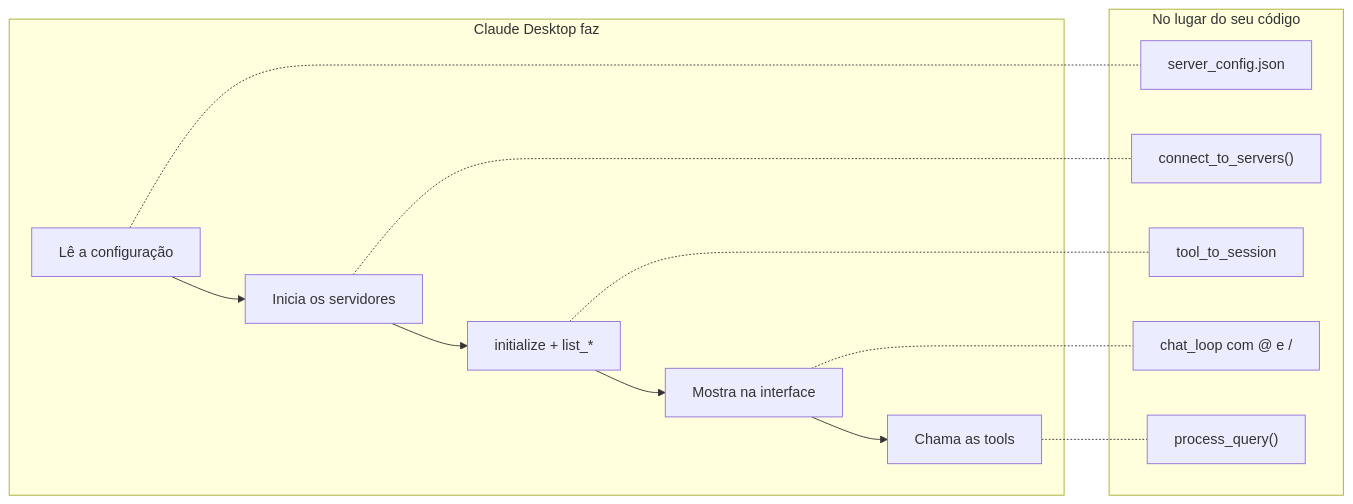
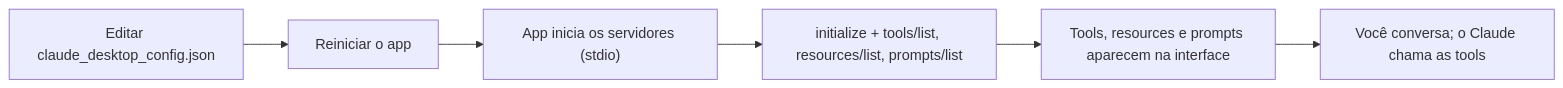
One commit to FloraRosaPupo/mcp-estudos changed the diagram in notas/08-claude-desktop.md. Above: the diagram before and after it, drawn with Mermaid. The commit also changed other lines of this file and 20 other files, not shown here.

````diff
--- a/notas/08-claude-desktop.md
+++ b/notas/08-claude-desktop.md
@@ -5,18 +17,8 @@
 ```mermaid
 flowchart LR
-    subgraph D["Claude Desktop faz"]
-        A1[Lê a configuração] --> A2[Inicia os servidores] --> A3[initialize + list_*] --> A4[Mostra na interface] --> A5[Chama as tools]
-    end
-    subgraph C["No lugar do seu código"]
-        B1[server_config.json]
-        B2["connect_to_servers()"]
-        B3["tool_to_session"]
-        B4["chat_loop com @ e /"]
-        B5["process_query()"]
-    end
-    A1 -.- B1
-    A2 -.- B2
-    A3 -.- B3
-    A4 -.- B4
-    A5 -.- B5
+    A["Editar claude_desktop_config.json"] --> B[Reiniciar o app]
+    B --> C["App inicia os servidores (stdio)"]
+    C --> D["initialize + tools/list, resources/list, prompts/list"]
+    D --> E[Tools, resources e prompts aparecem na interface]
+    E --> F["Você conversa; o Claude chama as tools"]
 ```
````
